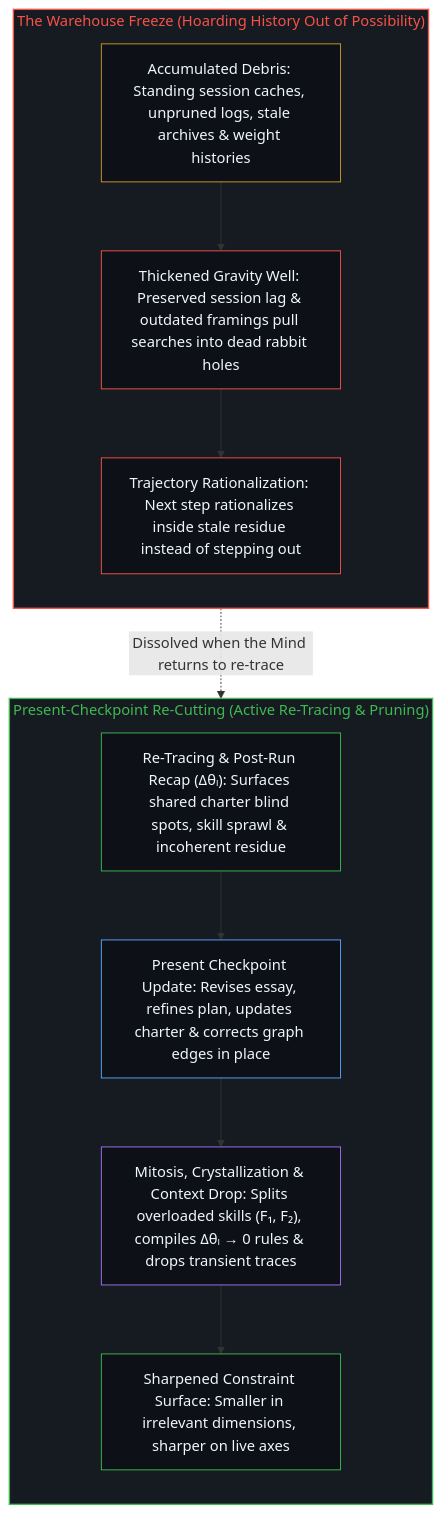
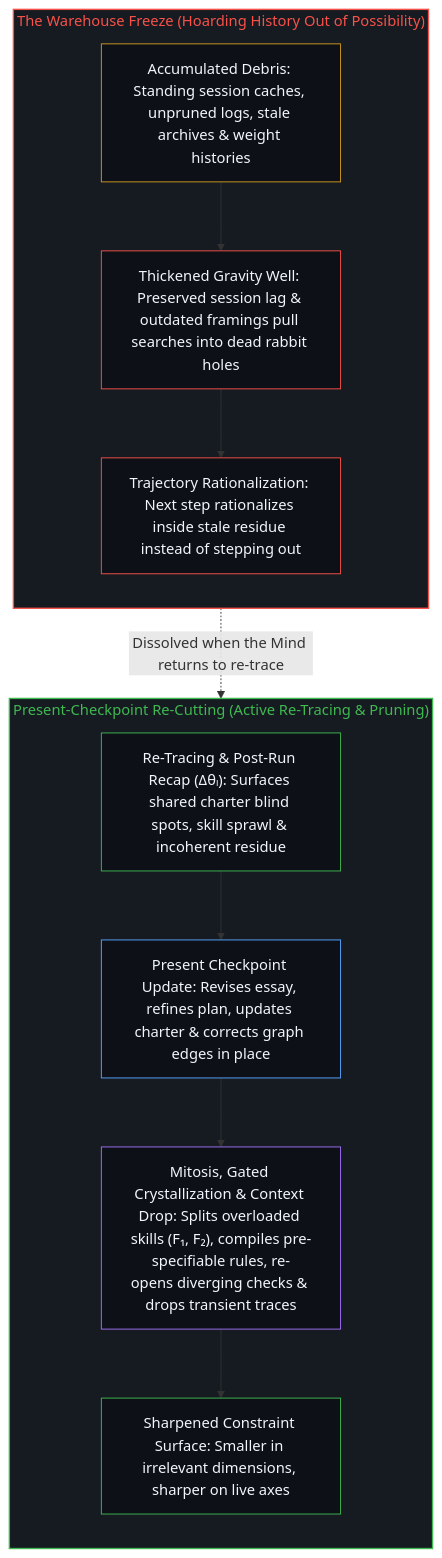
Before and after one commit to powerpig99/not-a-toe: the fourth of 4 diagrams in content/posts/your-codebase-is-memory.md, drawn with Mermaid. The commit also changed other lines of this file and 14 other files, not shown here.

````diff
--- a/content/posts/your-codebase-is-memory.md
+++ b/content/posts/your-codebase-is-memory.md
@@ -150,28 +150,28 @@
 ```mermaid
 flowchart TD
     subgraph S_Hoard["The Warehouse Freeze (Hoarding History Out of Possibility)"]
         direction TB
         Store["Accumulated Debris: Standing session caches, unpruned logs, stale archives & weight histories"]
         Gravity["Thickened Gravity Well: Preserved session lag & outdated framings pull searches into dead rabbit holes"]
         Rat["Trajectory Rationalization: Next step rationalizes inside stale residue instead of stepping out"]
         Store --> Gravity --> Rat
     end
     subgraph S_Checkpoint["Present-Checkpoint Re-Cutting (Active Re-Tracing & Pruning)"]
         direction TB
         Retrace["Re-Tracing & Post-Run Recap (Δθₗ): Surfaces shared charter blind spots, skill sprawl & incoherent residue"]
         Recut["Present Checkpoint Update: Revises essay, refines plan, updates charter & corrects graph edges in place"]
-        Prune["Mitosis, Crystallization & Context Drop: Splits overloaded skills (F₁, F₂), compiles Δθₗ → 0 rules & drops transient traces"]
+        Prune["Mitosis, Gated Crystallization & Context Drop: Splits overloaded skills (F₁, F₂), compiles pre-specifiable rules, re-opens diverging checks & drops transient traces"]
         Clean["Sharpened Constraint Surface: Smaller in irrelevant dimensions, sharper on live axes"]
         Retrace --> Recut --> Prune --> Clean
     end
     Rat -.->|"Dissolved when the Mind returns to re-trace"| Retrace
     style S_Hoard fill:#161b22,stroke:#f85149,stroke-width:1.5px,color:#f85149
     style S_Checkpoint fill:#161b22,stroke:#3fb950,stroke-width:1.5px,color:#3fb950
     style Store fill:#0d1117,stroke:#d29922,stroke-width:1px,color:#f0f6fc
     style Gravity fill:#0d1117,stroke:#f85149,stroke-width:1px,color:#f0f6fc
     style Rat fill:#0d1117,stroke:#f85149,stroke-width:1px,color:#f0f6fc
     style Retrace fill:#0d1117,stroke:#3fb950,stroke-width:1px,color:#f0f6fc
     style Recut fill:#0d1117,stroke:#58a6ff,stroke-width:1px,color:#f0f6fc
     style Prune fill:#0d1117,stroke:#a371f7,stroke-width:1px,color:#f0f6fc
     style Clean fill:#0d1117,stroke:#3fb950,stroke-width:1px,color:#f0f6fc
 ```
````
